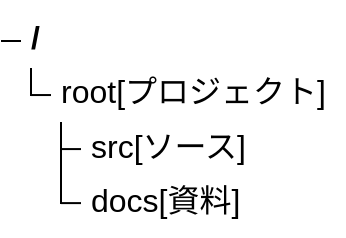
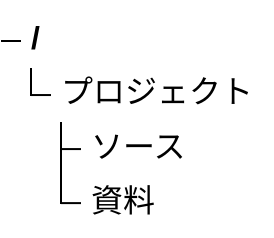
Before and after one commit to KotorinChunChun/MdVisualizer: the diagram in dev/research/mermaid-editor/samples/treeView.mmd, drawn with Mermaid. The commit also changed 93 other files, not shown here.

Commit message:
Mermaid HTML試作版のギャラリーとGUI編集を実装し検証

```diff
--- a/dev/research/mermaid-editor/samples/treeView.mmd
+++ b/dev/research/mermaid-editor/samples/treeView.mmd
@@ -1,4 +1,4 @@
 treeView-beta
-    root[プロジェクト]
-        src[ソース]
-        docs[資料]
+    プロジェクト
+        ソース
+        資料
```
